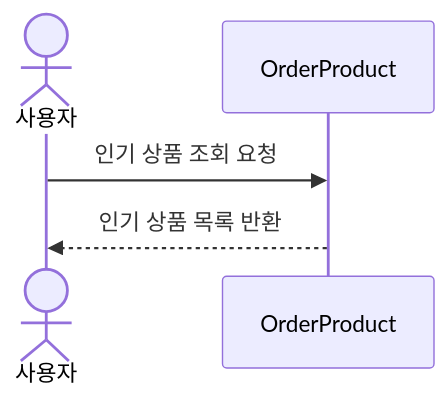
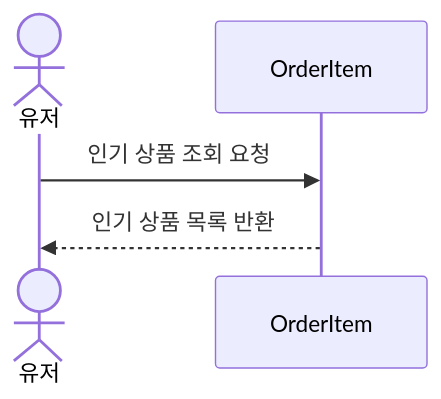
Before and after one commit to ahdrn2016/hhplus-ecommerce: the fifth of 5 diagrams in docs/SequenceDiagram/SequenceDiagram.md, drawn with Mermaid. The commit also changed other lines of this file and 1 other file, not shown here.

Commit message:
Docs: ERD, Sequence 수정

````diff
--- a/docs/SequenceDiagram/SequenceDiagram.md
+++ b/docs/SequenceDiagram/SequenceDiagram.md
@@ -106,8 +102,8 @@
 ```mermaid
 sequenceDiagram
-    actor I as 사용자
-    participant OrderProduct as OrderProduct
+    actor I as 유저
+    participant OrderItem as OrderItem
 
-    I ->> OrderProduct : 인기 상품 조회 요청
-    OrderProduct -->> I : 인기 상품 목록 반환
+    I ->> OrderItem : 인기 상품 조회 요청
+    OrderItem -->> I : 인기 상품 목록 반환
 ```
````
